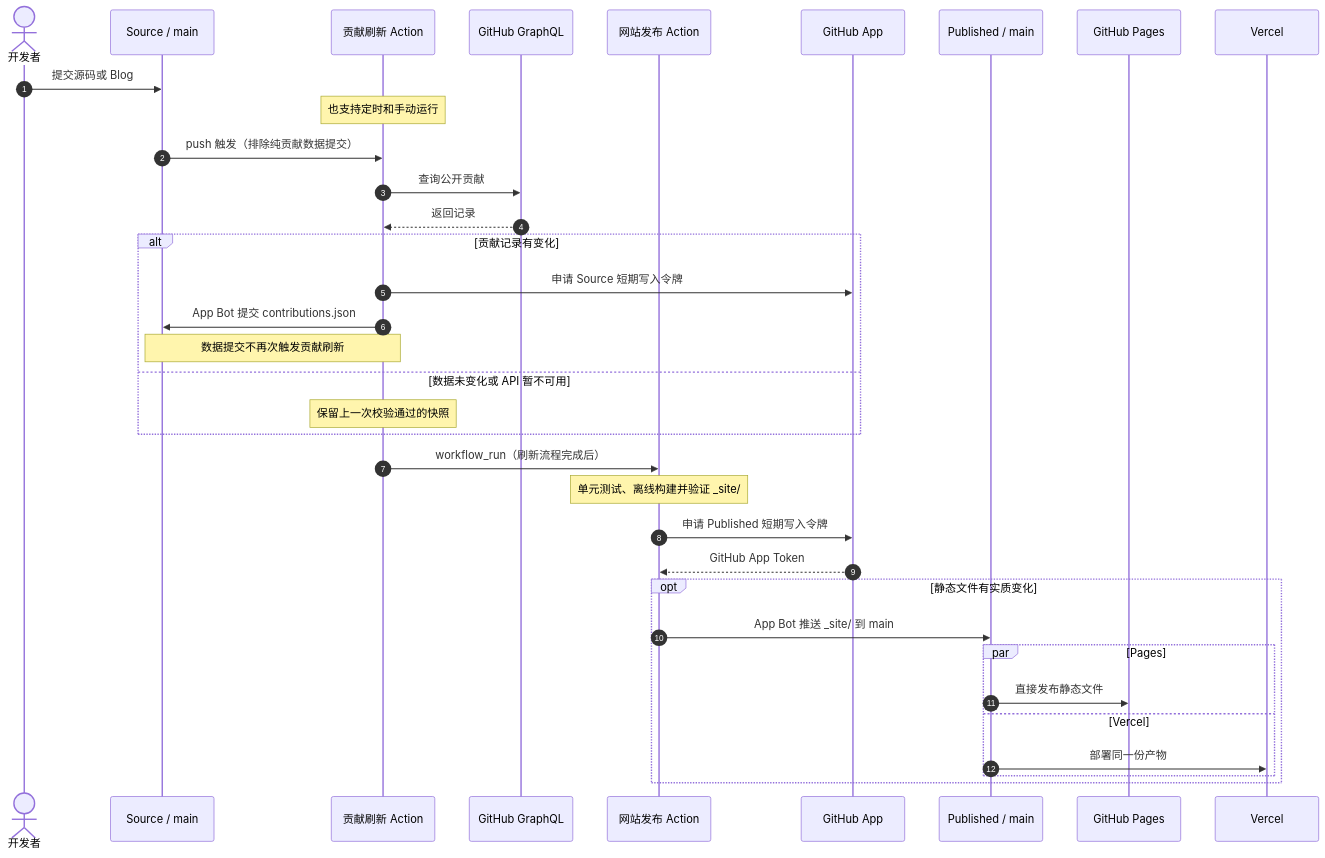
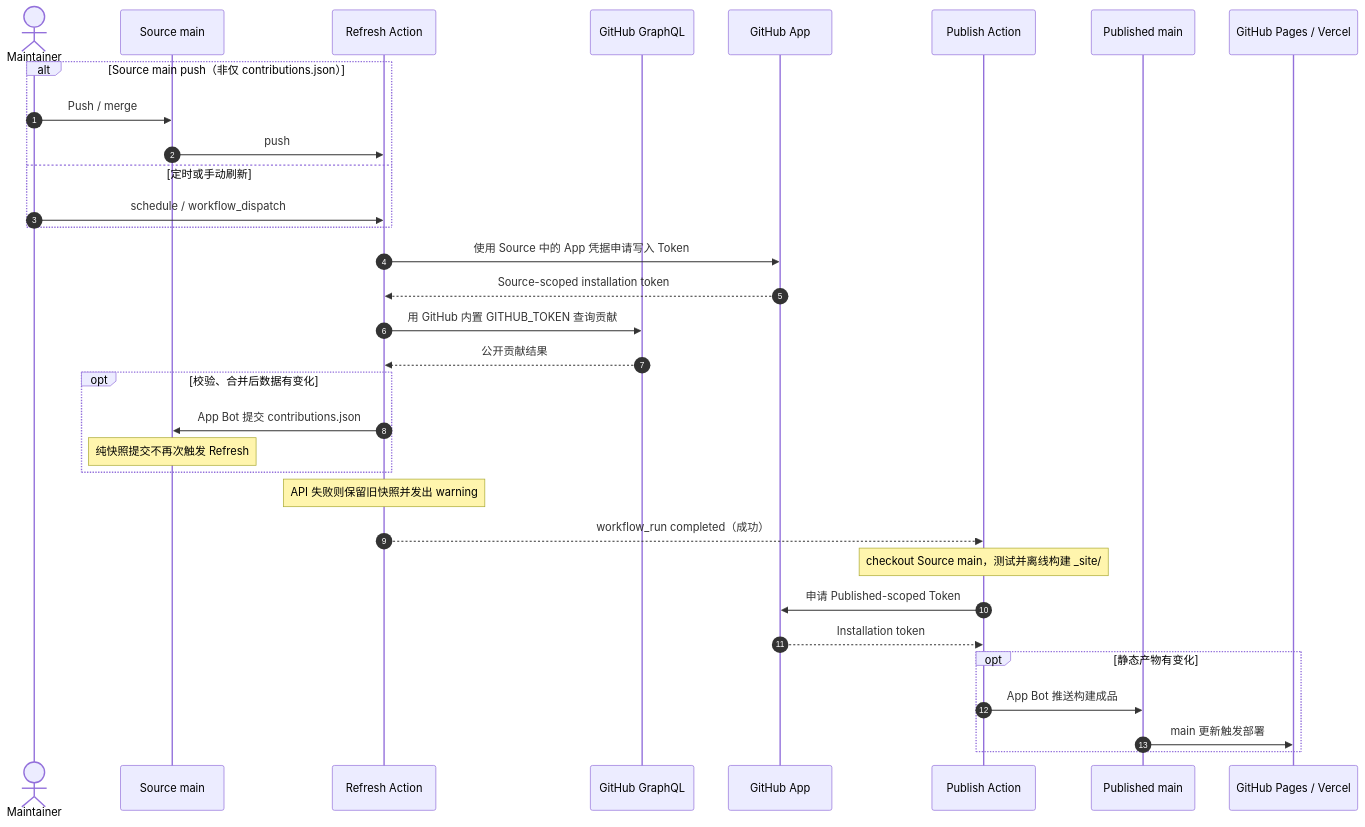
One commit to FuTseYi/FuTseYi-Site changed the diagram in README.md. Above: the diagram before and after it, drawn with Mermaid. The commit also changed other lines of this file and 5 other files, not shown here.

First line of the commit message:
docs: consolidate source and published documentation

````diff
--- a/README.md
+++ b/README.md
@@ -53,38 +45,37 @@
 ```mermaid
 sequenceDiagram
     autonumber
-    actor Author as 开发者
-    participant Source as Source / main
-    participant Refresh as 贡献刷新 Action
+    actor Maintainer as Maintainer
+    participant Source as Source main
+    participant Refresh as Refresh Action
     participant API as GitHub GraphQL
-    participant Build as 网站发布 Action
     participant App as GitHub App
-    participant Output as Published / main
-    participant Pages as GitHub Pages
-    participant Vercel as Vercel
+    participant Deploy as Publish Action
+    participant Published as Published main
+    participant Hosts as GitHub Pages / Vercel
 
-    Author->>Source: 提交源码或 Blog
-    Note over Refresh: 也支持定时和手动运行
-    Source->>Refresh: push 触发（排除纯贡献数据提交）
-    Refresh->>API: 查询公开贡献
-    API-->>Refresh: 返回记录
-    alt 贡献记录有变化
-        Refresh->>App: 申请 Source 短期写入令牌
+    alt Source main push（非仅 contributions.json）
+        Maintainer->>Source: Push / merge
+        Source->>Refresh: push
+    else 定时或手动刷新
+        Maintainer->>Refresh: schedule / workflow_dispatch
+    end
+
+    Refresh->>App: 使用 Source 中的 App 凭据申请写入 Token
+    App-->>Refresh: Source-scoped installation token
+    Refresh->>API: 用 GitHub 内置 GITHUB_TOKEN 查询贡献
+    API-->>Refresh: 公开贡献结果
+    opt 校验、合并后数据有变化
         Refresh->>Source: App Bot 提交 contributions.json
-        Note over Source,Refresh: 数据提交不再次触发贡献刷新
-    else 数据未变化或 API 暂不可用
-        Note over Refresh: 保留上一次校验通过的快照
+        Note over Source: 纯快照提交不再次触发 Refresh
     end
-    Refresh->>Build: workflow_run（刷新流程完成后）
-    Note over Build: 单元测试、离线构建并验证 _site/
-    Build->>App: 申请 Published 短期写入令牌
-    App-->>Build: GitHub App Token
-    opt 静态文件有实质变化
-        Build->>Output: App Bot 推送 _site/ 到 main
-        par Pages
-            Output->>Pages: 直接发布静态文件
-        and Vercel
-            Output->>Vercel: 部署同一份产物
-        end
+    Note over Refresh: API 失败则保留旧快照并发出 warning
+    Refresh-->>Deploy: workflow_run completed（成功）
+    Note over Deploy: checkout Source main，测试并离线构建 _site/
+    Deploy->>App: 申请 Published-scoped Token
+    App-->>Deploy: Installation token
+    opt 静态产物有变化
+        Deploy->>Published: App Bot 推送构建成品
+        Published->>Hosts: main 更新触发部署
     end
 ```
````
